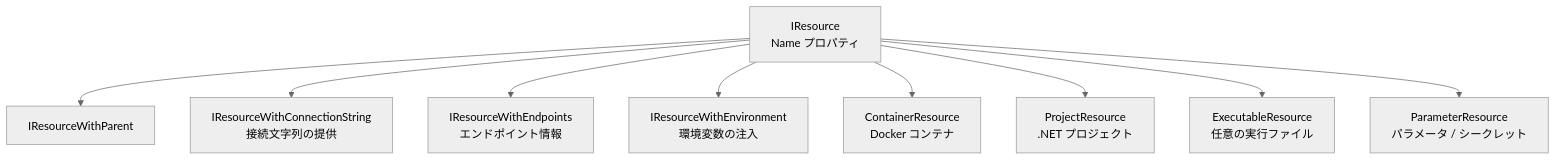
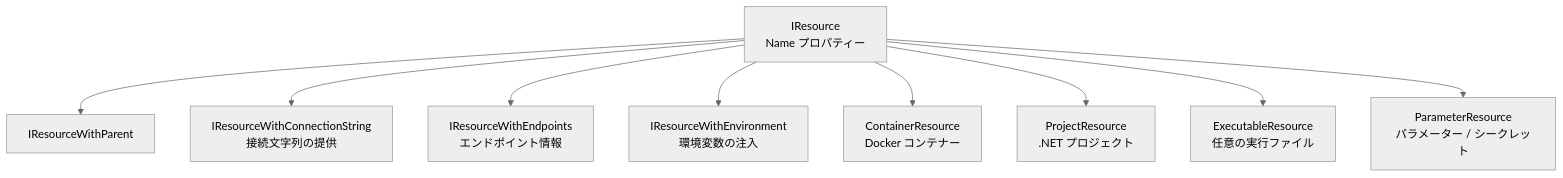
Before and after one commit to yoichiozaki/yoichiozaki.github.io: the third of 18 diagrams in content/blog/ja/dotnet-aspire.mdx, drawn with Mermaid (neutral theme). The commit also changed other lines of this file and 117 other files, not shown here.

````diff
--- a/content/blog/ja/dotnet-aspire.mdx
+++ b/content/blog/ja/dotnet-aspire.mdx
@@ -191,13 +191,13 @@
 ```mermaid
 graph TD
-    IResource["IResource<br/>Name プロパティ"]
+    IResource["IResource<br/>Name プロパティー"]
     IResource --> IResourceWithParent["IResourceWithParent"]
     IResource --> IResourceWithConnectionString["IResourceWithConnectionString<br/>接続文字列の提供"]
     IResource --> IResourceWithEndpoints["IResourceWithEndpoints<br/>エンドポイント情報"]
     IResource --> IResourceWithEnvironment["IResourceWithEnvironment<br/>環境変数の注入"]
 
-    IResource --> ContainerResource["ContainerResource<br/>Docker コンテナ"]
+    IResource --> ContainerResource["ContainerResource<br/>Docker コンテナー"]
     IResource --> ProjectResource["ProjectResource<br/>.NET プロジェクト"]
     IResource --> ExecutableResource["ExecutableResource<br/>任意の実行ファイル"]
-    IResource --> ParameterResource["ParameterResource<br/>パラメータ / シークレット"]
+    IResource --> ParameterResource["ParameterResource<br/>パラメーター / シークレット"]
 ```
````
